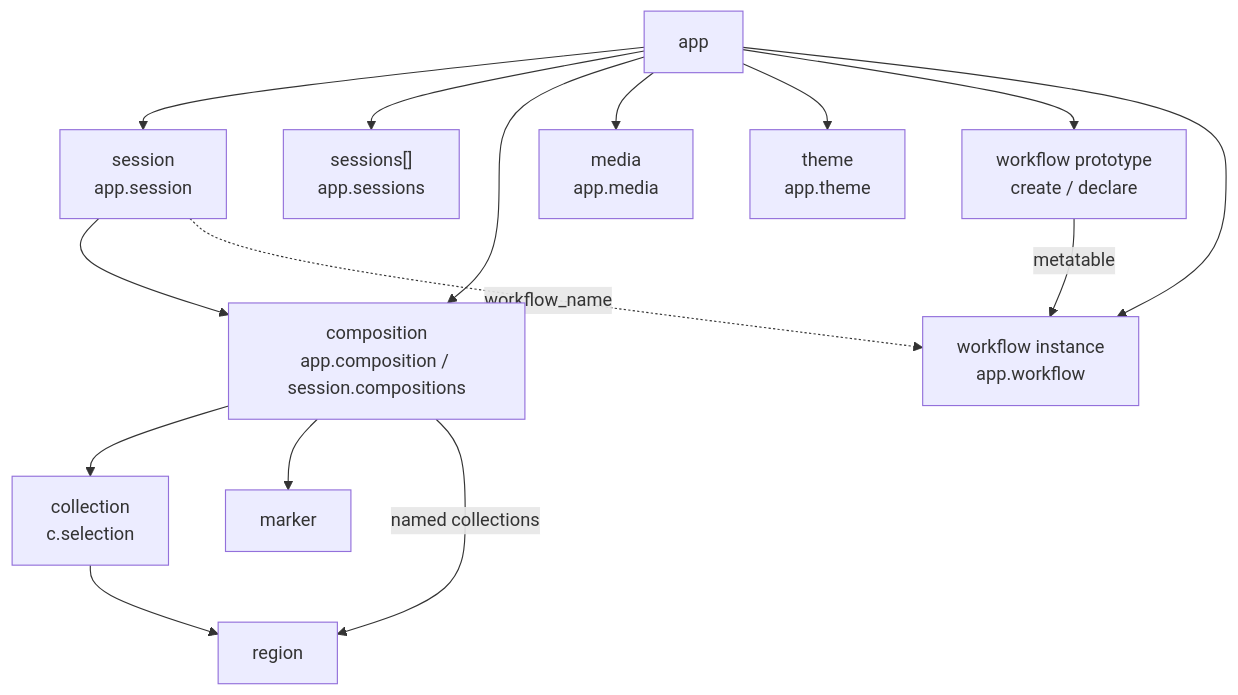
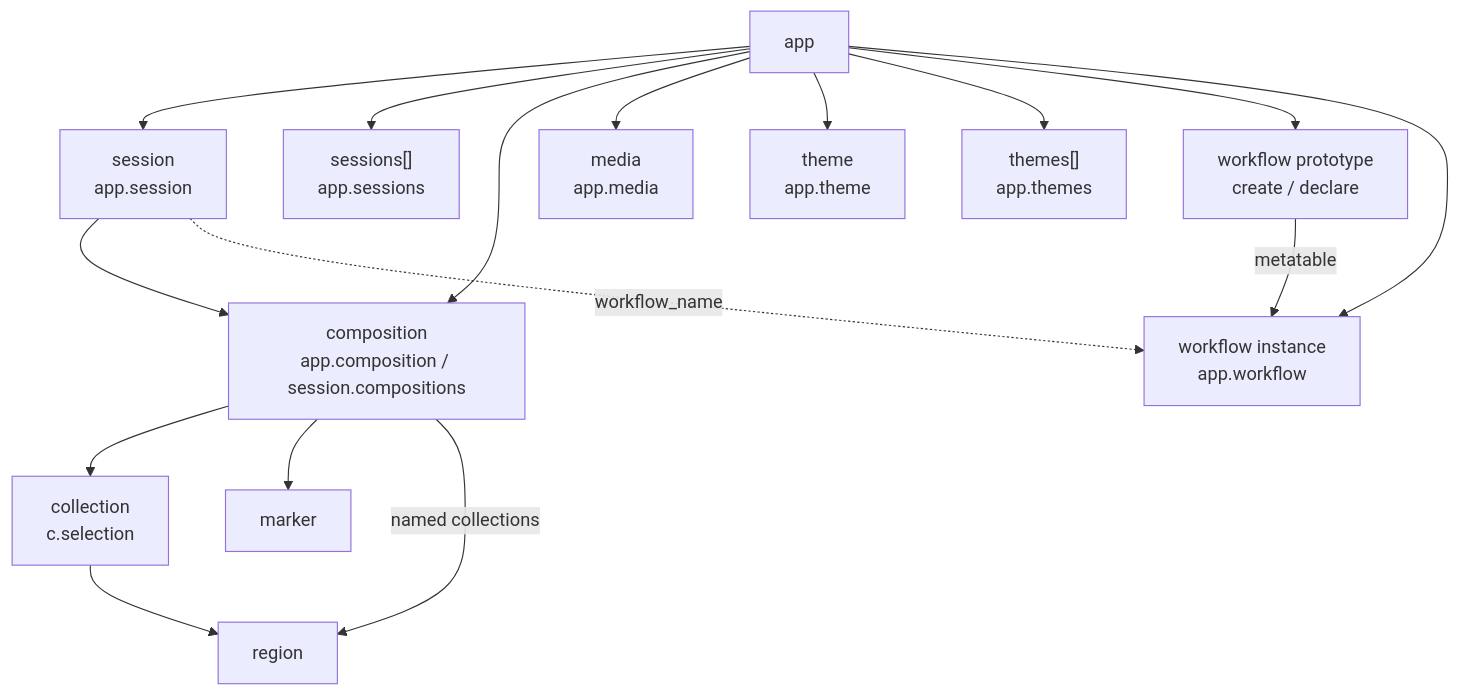
The diagram in docs/SCRIPT.md (ngwese/FieldAssist), drawn with Mermaid before and after one commit. The commit also changed other lines of this file and 31 other files, not shown here.

````diff
--- a/docs/SCRIPT.md
+++ b/docs/SCRIPT.md
@@ -71,29 +72,31 @@
 ```mermaid
 flowchart TB
   app["app"]
   session["session<br/>app.session"]
   sessions["sessions[]<br/>app.sessions"]
   comps["composition<br/>app.composition / session.compositions"]
   media["media<br/>app.media"]
   selection["collection<br/>c.selection"]
   regions["region"]
   markers["marker"]
   theme["theme<br/>app.theme"]
+  themes["themes[]<br/>app.themes"]
   proto["workflow prototype<br/>create / declare"]
   inst["workflow instance<br/>app.workflow"]
 
   app --> session
   app --> sessions
   app --> comps
   app --> media
   app --> theme
+  app --> themes
   app --> proto
   app --> inst
   session --> comps
   comps --> selection
   comps --> markers
   selection --> regions
   comps -->|"named collections"| regions
   proto -->|"metatable"| inst
   session -.->|"workflow_name"| inst
 ```
````
